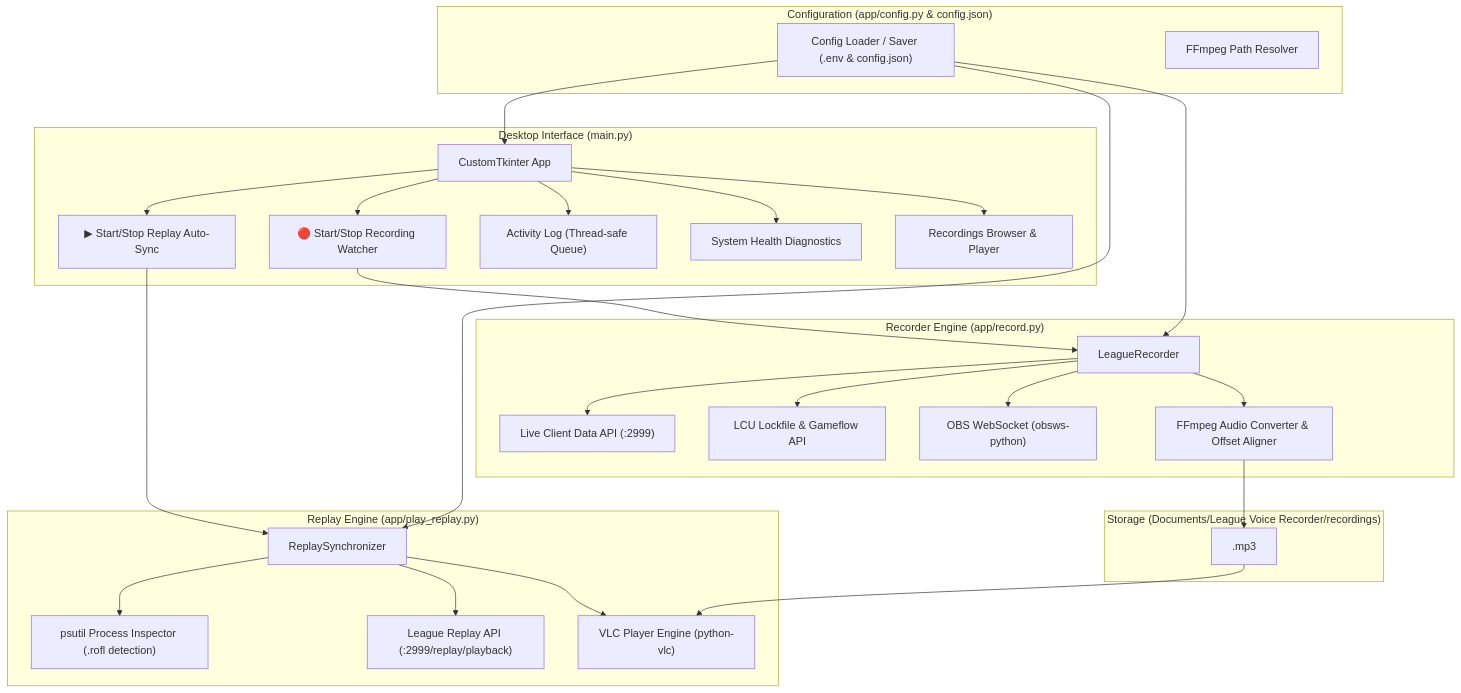
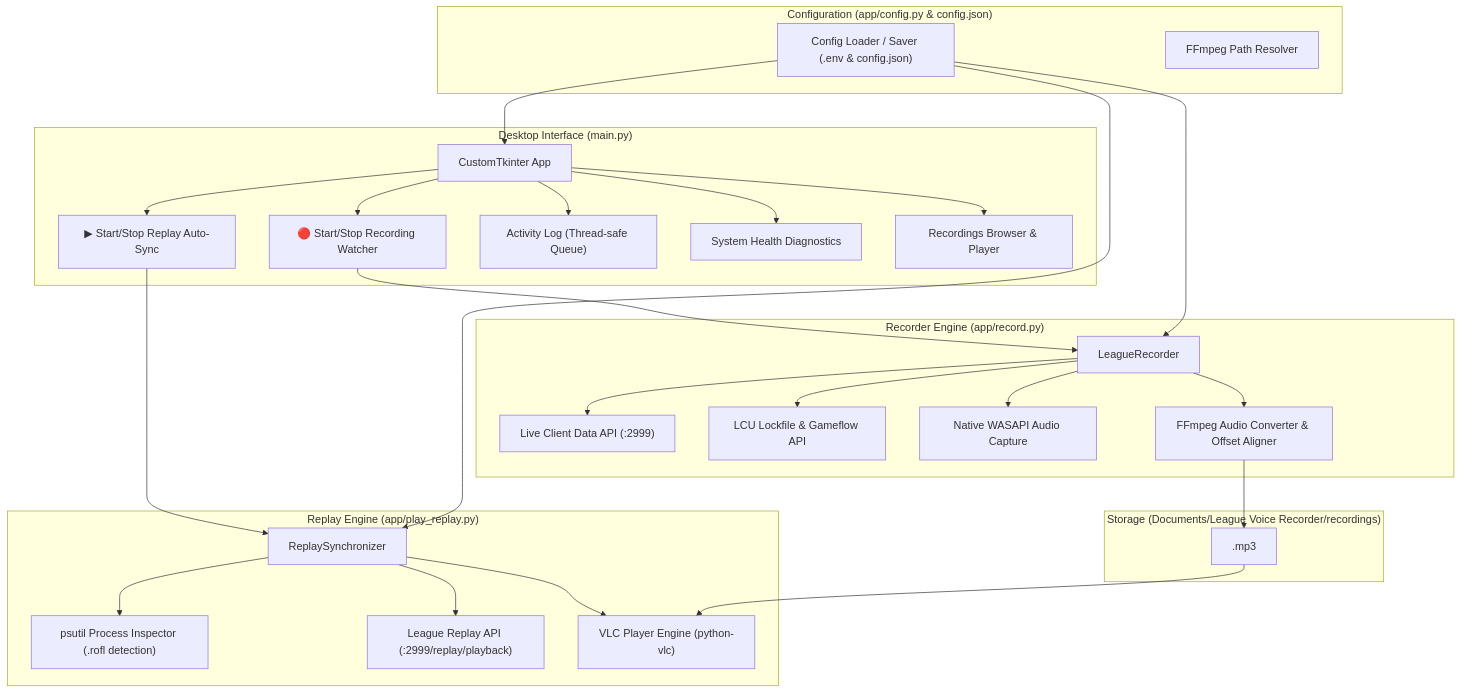
Before and after one commit to betterix/league-voice-recorder: the diagram in README.md, drawn with Mermaid. The commit also changed other lines of this file and 13 other files, not shown here.

````diff
--- a/README.md
+++ b/README.md
@@ -64,51 +64,51 @@
 ```mermaid
 flowchart TD
     subgraph UI_Layer ["Desktop Interface (main.py)"]
         GUI["CustomTkinter App"]
         RecBtn["🔴 Start/Stop Recording Watcher"]
         RepBtn["▶ Start/Stop Replay Auto-Sync"]
         LogBox["Activity Log (Thread-safe Queue)"]
         HealthRibbon["System Health Diagnostics"]
         RecExplorer["Recordings Browser & Player"]
     end
 
     subgraph Config_Layer ["Configuration (app/config.py & config.json)"]
         Cfg["Config Loader / Saver (.env & config.json)"]
         FFmpegHelper["FFmpeg Path Resolver"]
     end
 
     subgraph Recorder_Engine ["Recorder Engine (app/record.py)"]
         LeagueRec["LeagueRecorder"]
         LiveAPI["Live Client Data API (:2999)"]
         LCULockfile["LCU Lockfile & Gameflow API"]
-        OBSWS["OBS WebSocket (obsws-python)"]
+        NativeWASAPI["Native WASAPI Audio Capture"]
         FFmpegProc["FFmpeg Audio Converter & Offset Aligner"]
     end
 
     subgraph Replay_Engine ["Replay Engine (app/play_replay.py)"]
         ReplaySync["ReplaySynchronizer"]
         ProcIter["psutil Process Inspector (.rofl detection)"]
         ReplayAPI["League Replay API (:2999/replay/playback)"]
         VLC["VLC Player Engine (python-vlc)"]
     end
 
     subgraph Storage ["Storage (Documents/League Voice Recorder/recordings)"]
         AudioFiles["<GameID>.mp3"]
     end
 
     GUI --> RecBtn & RepBtn & LogBox & HealthRibbon & RecExplorer
     RecBtn --> LeagueRec
     RepBtn --> ReplaySync
     Cfg --> LeagueRec & ReplaySync & GUI
 
     LeagueRec --> LiveAPI
     LeagueRec --> LCULockfile
-    LeagueRec --> OBSWS
+    LeagueRec --> NativeWASAPI
     LeagueRec --> FFmpegProc
     FFmpegProc --> AudioFiles
 
     ReplaySync --> ProcIter
     ReplaySync --> ReplayAPI
     ReplaySync --> VLC
     AudioFiles --> VLC
 ```
````
